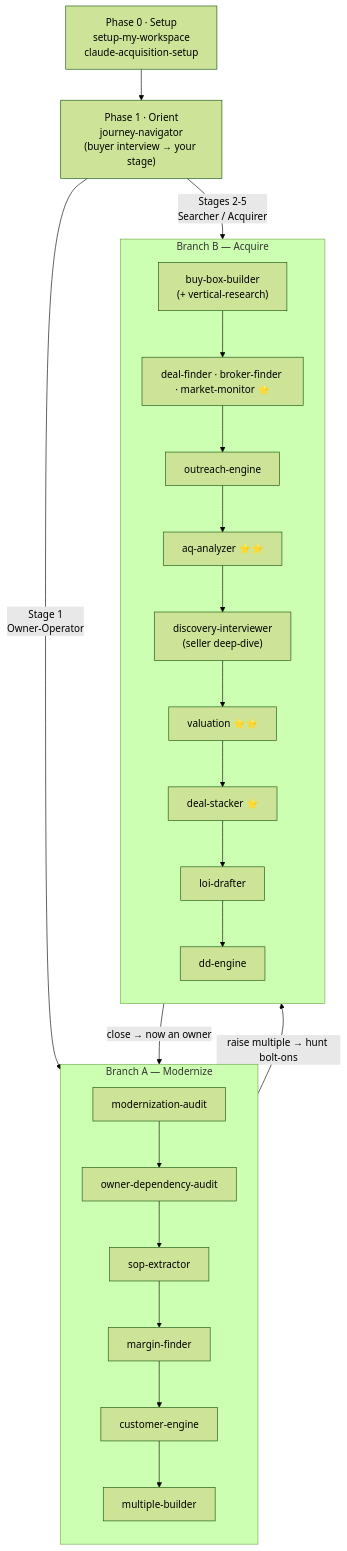
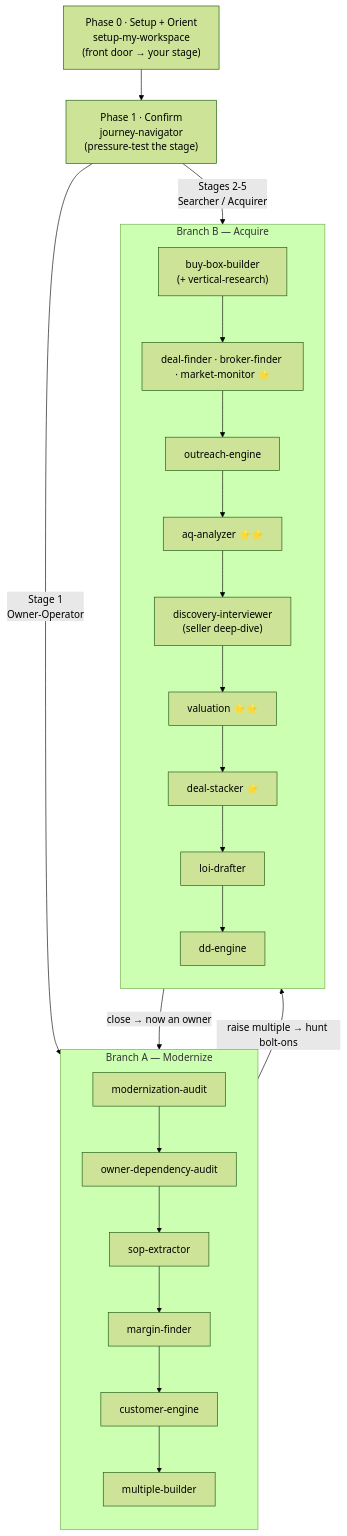
Before and after one commit to mobykax949/ai-SMBacquisition-os: the diagram in JOURNEY.md, drawn with Mermaid (forest theme). The commit also changed other lines of this file and 5 other files, not shown here.

First line of the commit message:
Resolve front-door contradiction: setup-my-workspace first, journey-navigator confirms

````diff
--- a/JOURNEY.md
+++ b/JOURNEY.md
@@ -130,22 +132,22 @@
 ```mermaid
 flowchart TD
-    S0["Phase 0 · Setup<br/>setup-my-workspace<br/>claude-acquisition-setup"]
-    S1["Phase 1 · Orient<br/>journey-navigator<br/>(buyer interview → your stage)"]
+    S0["Phase 0 · Setup + Orient<br/>setup-my-workspace<br/>(front door → your stage)"]
+    S1["Phase 1 · Confirm<br/>journey-navigator<br/>(pressure-test the stage)"]
     S0 --> S1
 
     S1 -->|"Stage 1<br/>Owner-Operator"| A0
     S1 -->|"Stages 2-5<br/>Searcher / Acquirer"| B1
 
     subgraph A ["Branch A — Modernize"]
         direction TB
         A0["modernization-audit"] --> A1["owner-dependency-audit"] --> A2["sop-extractor"] --> A3["margin-finder"] --> A4["customer-engine"] --> A5["multiple-builder"]
     end
 
     subgraph B ["Branch B — Acquire"]
         direction TB
         B1["buy-box-builder<br/>(+ vertical-research)"] --> B2["deal-finder · broker-finder · market-monitor ⭐"] --> B3["outreach-engine"] --> B4["aq-analyzer ⭐⭐"] --> B5["discovery-interviewer<br/>(seller deep-dive)"] --> B6["valuation ⭐⭐"] --> B7["deal-stacker ⭐"] --> B8["loi-drafter"] --> B9["dd-engine"]
     end
 
     B9 -->|"close → now an owner"| A0
     A5 -->|"raise multiple → hunt bolt-ons"| B1
 ```
````
